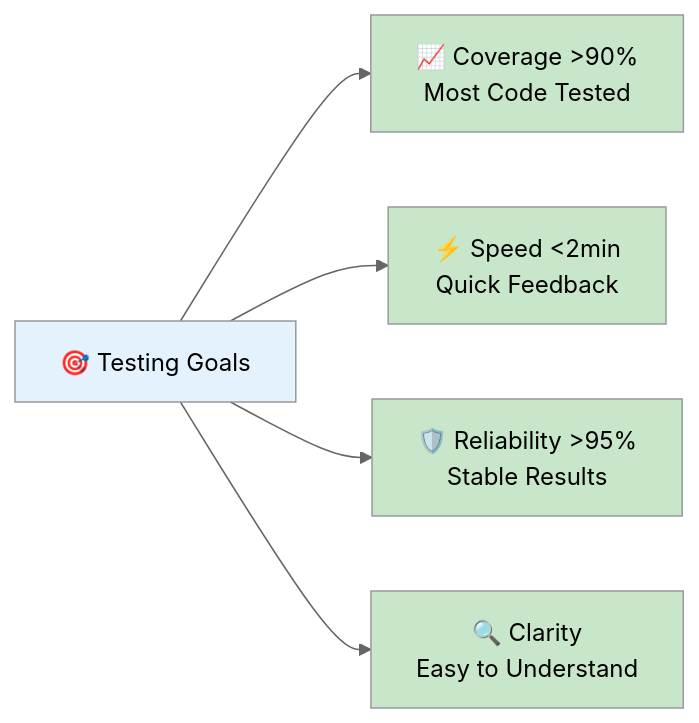
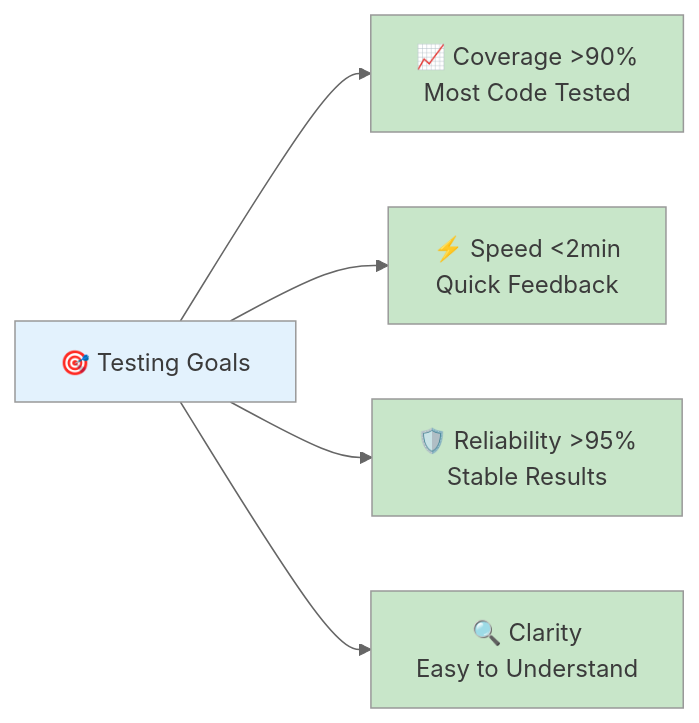
The ninth of 9 diagrams in app/docs/02_foundation/09-testing-basics/page.mdx (ridwanspace/restful-fastapi-guideline), drawn with Mermaid (neutral theme) before and after one commit. The commit also changed other lines of this file and 8 other files, not shown here.

First line of the commit message:
📝 docs(docs): enhance graph diagrams in foundation docs

````diff
--- a/app/docs/02_foundation/09-testing-basics/page.mdx
+++ b/app/docs/02_foundation/09-testing-basics/page.mdx
@@ -1326,13 +1326,13 @@
 ```mermaid
 graph LR
     A[🎯 Testing Goals] --> B[📈 Coverage >90%<br/>Most Code Tested]
     A --> C[⚡ Speed <2min<br/>Quick Feedback]
     A --> D[🛡️ Reliability >95%<br/>Stable Results]
     A --> E[🔍 Clarity<br/>Easy to Understand]
     
-    style A fill:#e3f2fd
-    style B fill:#c8e6c9
-    style C fill:#c8e6c9  
-    style D fill:#c8e6c9
-    style E fill:#c8e6c9
+    style A fill:#e3f2fd,color:#3b3b3b
+    style B fill:#c8e6c9,color:#3b3b3b
+    style C fill:#c8e6c9,color:#3b3b3b
+    style D fill:#c8e6c9,color:#3b3b3b
+    style E fill:#c8e6c9,color:#3b3b3b
 ```
````
